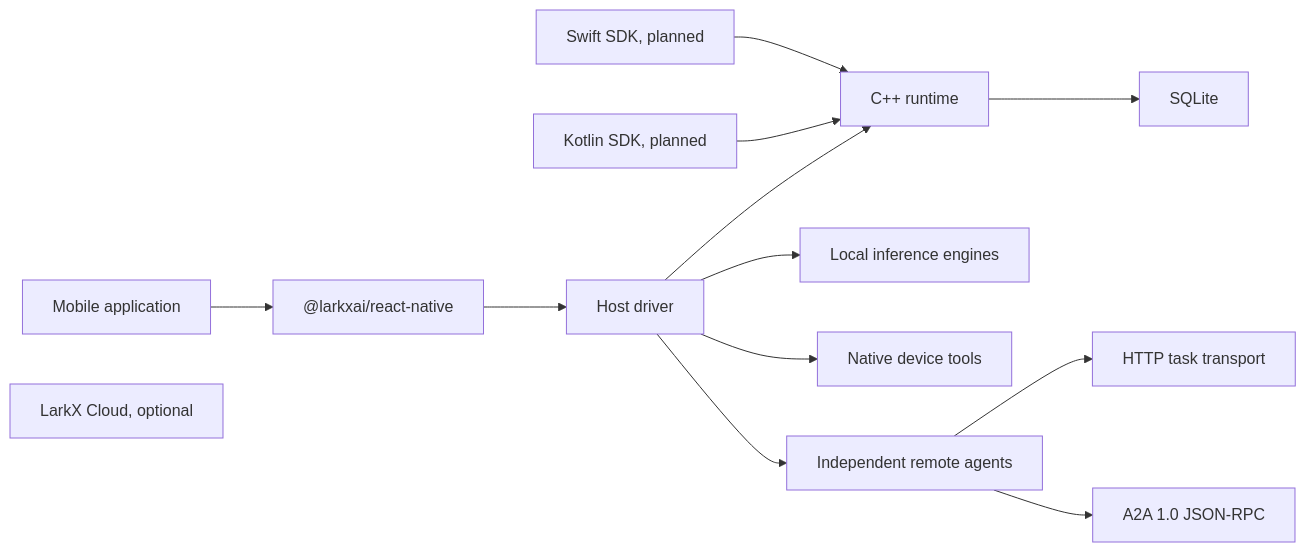
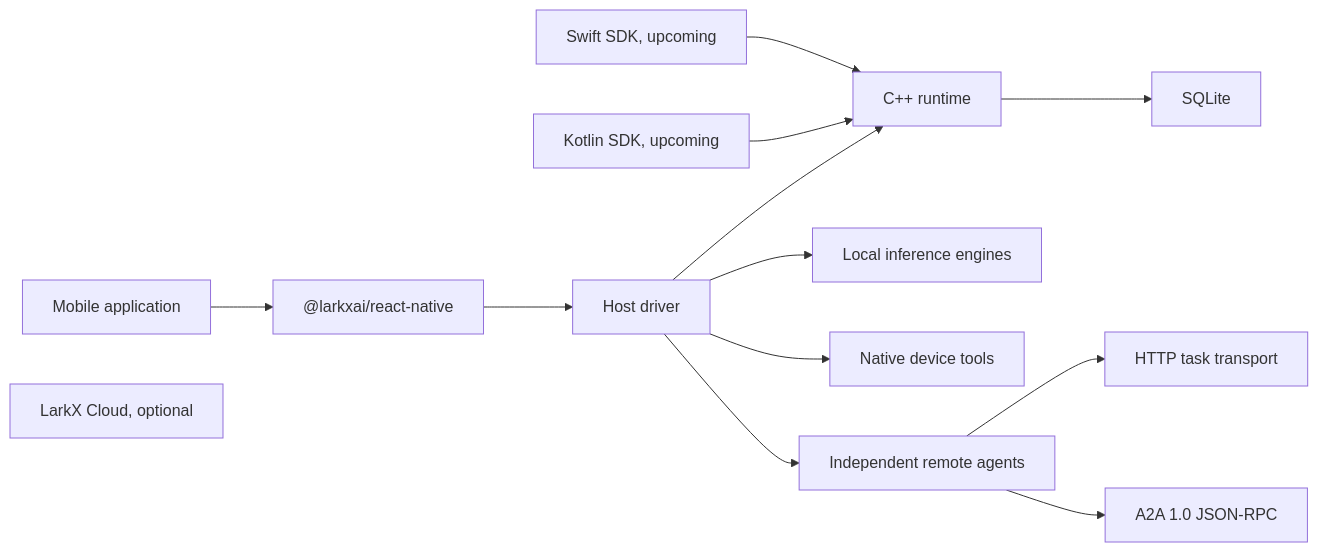
One commit to larkxai/larkx changed the diagram in README.md. Above: the diagram before and after it, drawn with Mermaid. The commit also changed other lines of this file and 19 other files, not shown here.

````diff
--- a/README.md
+++ b/README.md
@@ -228,15 +62,15 @@
 ```mermaid
 flowchart LR
   app["Mobile application"] --> rn["@larkxai/react-native"]
-  swift["Swift SDK, planned"] --> core["C++ runtime"]
-  kotlin["Kotlin SDK, planned"] --> core
+  swift["Swift SDK, upcoming"] --> core["C++ runtime"]
+  kotlin["Kotlin SDK, upcoming"] --> core
   rn --> driver["Host driver"]
   driver --> core
   core --> db["SQLite"]
   driver --> inference["Local inference engines"]
   driver --> tools["Native device tools"]
   driver --> remote["Independent remote agents"]
   remote --> http["HTTP task transport"]
   remote --> a2a["A2A 1.0 JSON-RPC"]
   cloud["LarkX Cloud, optional"]
 ```
````
